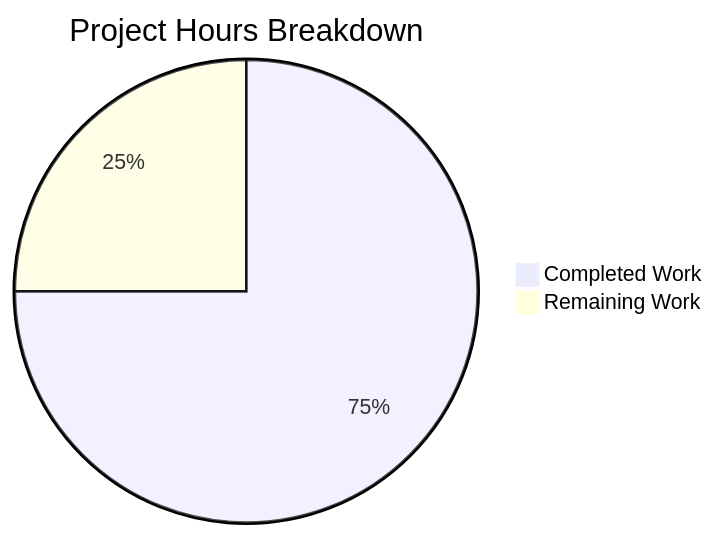
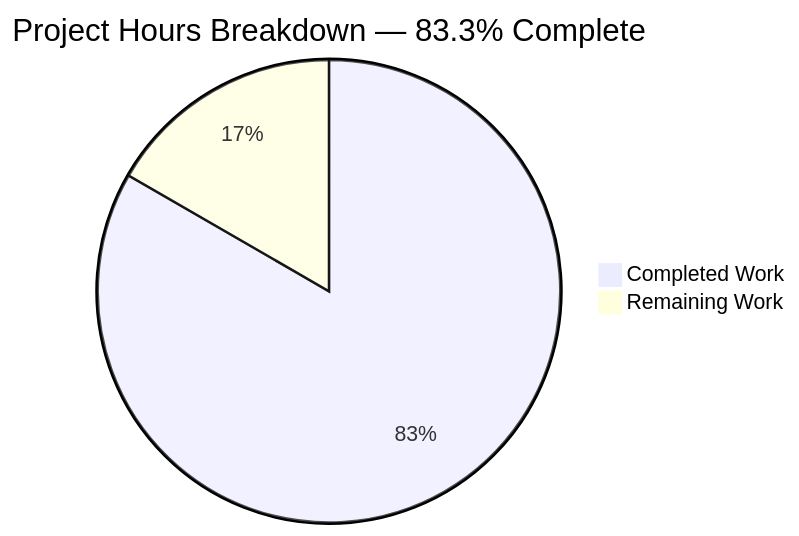
Before and after one commit to TestadoBlitzy/Existing-product: the second of 5 diagrams in blitzy/documentation/Project Guide.md, drawn with Mermaid. The commit also changed other lines of this file, not shown here.

Commit message:
Adding Blitzy Project Guide: Project Status and Human Tasks Remaining

````diff
--- a/blitzy/documentation/Project Guide.md
+++ b/blitzy/documentation/Project Guide.md
@@ -151,5 +225,5 @@
 ```mermaid
-pie title Project Hours Breakdown
-    "Completed Work" : 3
-    "Remaining Work" : 1
+pie title Project Hours Breakdown — 83.3% Complete
+    "Completed Work" : 10
+    "Remaining Work" : 2
 ```
````
